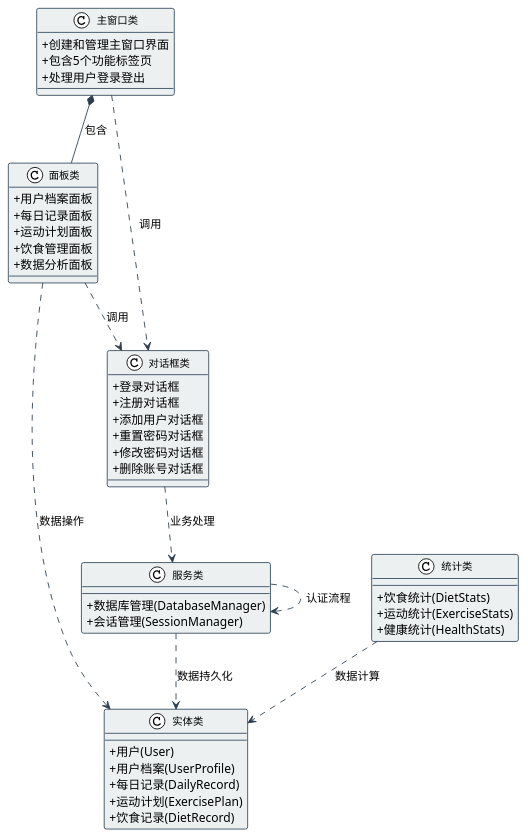
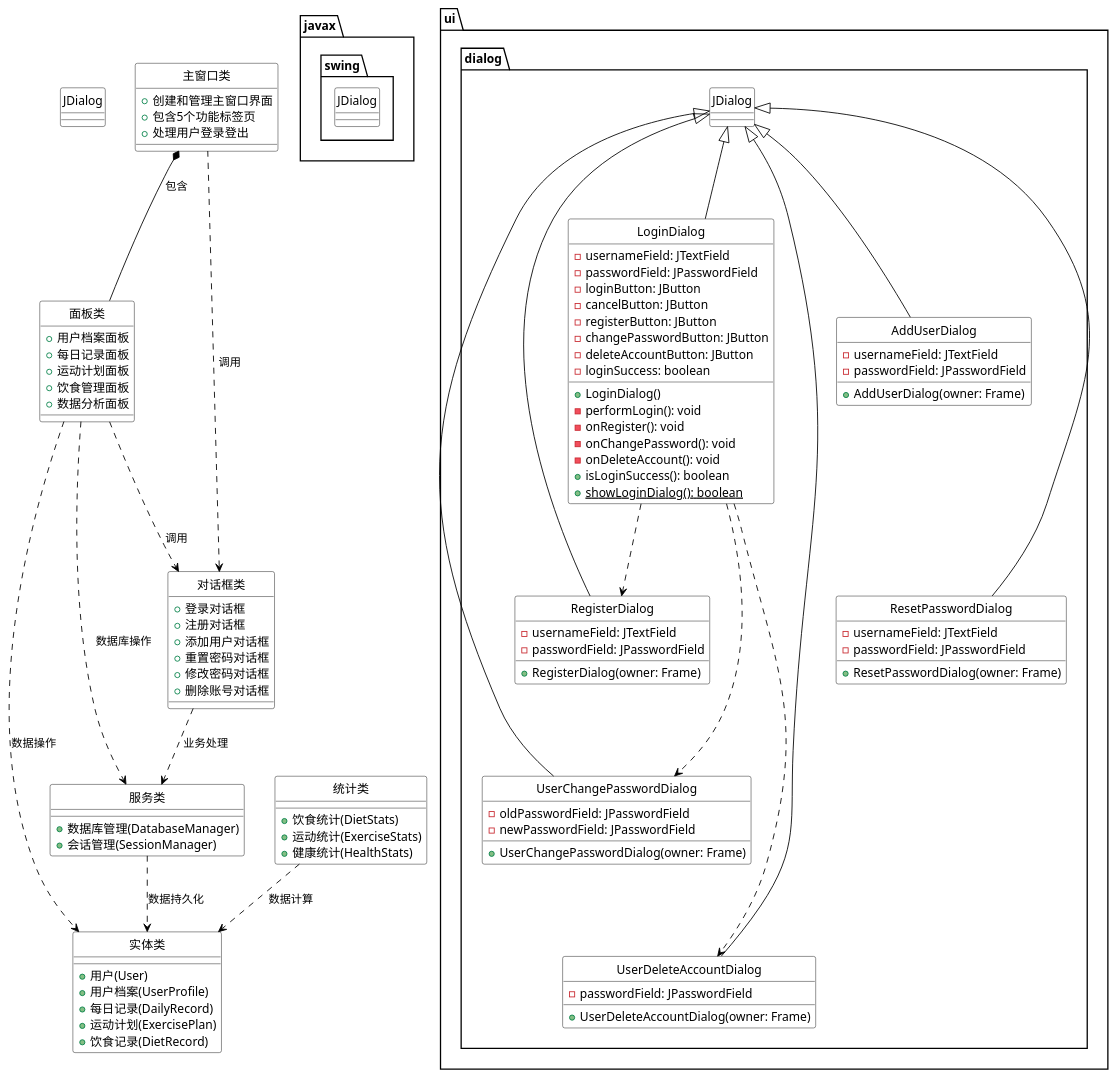
Before and after one commit to TomorrowlandD/JavaProductPractise: the diagram in JavaPractise/HealthManager/整体类图.puml, drawn with PlantUML. The commit also changed 13 other files, not shown here.

```diff
--- a/JavaPractise/HealthManager/整体类图.puml
+++ b/JavaPractise/HealthManager/整体类图.puml
@@ -1,79 +1,144 @@
-@startuml 健康管理系统整体类图
+@startuml
 
-!theme plain
-skinparam classAttributeIconSize 0
-skinparam classFontSize 12
-skinparam classFontName 微软雅黑
-skinparam arrowColor #2C3E50
-skinparam classBackgroundColor #ECF0F1
-skinparam classBorderColor #34495E
-
-' 定义抽象类
-class "主窗口类" as MainWindow {
-  + 创建和管理主窗口界面
-  + 包含5个功能标签页
-  + 处理用户登录登出
+' 使用默认的手绘风格
+skinparam style strictuml
+' 使用更现代的字体
+skinparam defaultFontName Microsoft YaHei
+' 设置背景色为白色
+skinparam backgroundColor white
+' 设置类图样式
+skinparam class {
+    BackgroundColor white
+    ArrowColor black
+    BorderColor black
 }
 
-class "面板类" as Panels {
-  + 用户档案面板
-  + 每日记录面板
-  + 运动计划面板
-  + 饮食管理面板
-  + 数据分析面板
+' 定义包外的基类
+class JDialog
+
+' 定义类
+class "主窗口类" {
+  +创建和管理主窗口界面
+  +包含5个功能标签页
+  +处理用户登录登出
 }
 
-class "对话框类" as Dialogs {
-  + 登录对话框
-  + 注册对话框
-  + 添加用户对话框
-  + 重置密码对话框
-  + 修改密码对话框
-  + 删除账号对话框
+class "面板类" {
+  +用户档案面板
+  +每日记录面板
+  +运动计划面板
+  +饮食管理面板
+  +数据分析面板
 }
 
-class "实体类" as Entities {
-  + 用户(User)
-  + 用户档案(UserProfile)
-  + 每日记录(DailyRecord)
-  + 运动计划(ExercisePlan)
-  + 饮食记录(DietRecord)
+class "对话框类" {
+  +登录对话框
+  +注册对话框
+  +添加用户对话框
+  +重置密码对话框
+  +修改密码对话框
+  +删除账号对话框
 }
 
-class "统计类" as Statistics {
-  + 饮食统计(DietStats)
-  + 运动统计(ExerciseStats)
-  + 健康统计(HealthStats)
+class "服务类" {
+  +数据库管理(DatabaseManager)
+  +会话管理(SessionManager)
 }
 
-class "服务类" as Services {
-  + 数据库管理(DatabaseManager)
-  + 会话管理(SessionManager)
+class "统计类" {
+  +饮食统计(DietStats)
+  +运动统计(ExerciseStats)
+  +健康统计(HealthStats)
+}
+
+class "实体类" {
+  +用户(User)
+  +用户档案(UserProfile)
+  +每日记录(DailyRecord)
+  +运动计划(ExercisePlan)
+  +饮食记录(DietRecord)
 }
 
 ' 定义关系
-' 组合关系：主窗口包含面板
-MainWindow *-- Panels : 包含
+主窗口类 *-- 面板类 : 包含
+主窗口类 ..> 对话框类 : 调用
+'对话框类 ..> 主窗口类 : 调用
+面板类 ..> 对话框类 : 调用
+面板类 ..> 实体类 : 数据操作
+面板类 ..> 服务类 : 数据库操作
+对话框类 ..> 服务类 : 业务处理
+服务类 ..> 实体类 : 数据持久化
+统计类 ..> 实体类 : 数据计算
 
-' 依赖关系：主窗口依赖对话框
-MainWindow ..> Dialogs : 调用
+package "javax.swing" {
+    class JDialog
+}
 
-' 依赖关系：面板依赖对话框
-Panels ..> Dialogs : 调用
+package "ui.dialog" {
+    ' 使用布局指令控制位置
+    together {
+        ' 把LoginDialog放在中心位置
+        class LoginDialog extends JDialog {
+            - usernameField: JTextField
+            - passwordField: JPasswordField
+            - loginButton: JButton
+            - cancelButton: JButton
+            - registerButton: JButton
+            - changePasswordButton: JButton
+            - deleteAccountButton: JButton
+            - loginSuccess: boolean
+            + LoginDialog()
+            - performLogin(): void
+            - onRegister(): void
+            - onChangePassword(): void
+            - onDeleteAccount(): void
+            + isLoginSuccess(): boolean
+            + {static} showLoginDialog(): boolean
+        }
 
-' 依赖关系：面板依赖实体类
-Panels ..> Entities : 数据操作
+        ' 把被LoginDialog依赖的对话框放在右侧
+        class RegisterDialog extends JDialog {
+            - usernameField: JTextField
+            - passwordField: JPasswordField
+            + RegisterDialog(owner: Frame)
+        }
 
-' 依赖关系：对话框依赖服务类
-Dialogs ..> Services : 业务处理
+        class UserChangePasswordDialog extends JDialog {
+            - oldPasswordField: JPasswordField
+            - newPasswordField: JPasswordField
+            + UserChangePasswordDialog(owner: Frame)
+        }
 
-' 依赖关系：服务类依赖实体类
-Services ..> Entities : 数据持久化
+        class UserDeleteAccountDialog extends JDialog {
+            - passwordField: JPasswordField
+            + UserDeleteAccountDialog(owner: Frame)
+        }
+    }
 
-' 依赖关系：统计类依赖实体类
-Statistics ..> Entities : 数据计算
+    ' 把不相关的对话框放在另一侧
+    together {
+        class AddUserDialog extends JDialog {
+            - usernameField: JTextField
+            - passwordField: JPasswordField
+            + AddUserDialog(owner: Frame)
+        }
 
-' 依赖关系：服务类之间依赖
-Services ..> Services : 认证流程
+        class ResetPasswordDialog extends JDialog {
+            - usernameField: JTextField
+            - passwordField: JPasswordField
+            + ResetPasswordDialog(owner: Frame)
+        }
+    }
 
-@enduml 
+    ' 定义依赖关系
+    LoginDialog ..> RegisterDialog
+    LoginDialog ..> UserChangePasswordDialog
+    LoginDialog ..> UserDeleteAccountDialog
+}
+
+' 布局优化
+RegisterDialog -[hidden]-> UserChangePasswordDialog
+UserChangePasswordDialog -[hidden]-> UserDeleteAccountDialog
+AddUserDialog -[hidden]-> ResetPasswordDialog
+
+@enduml
```
